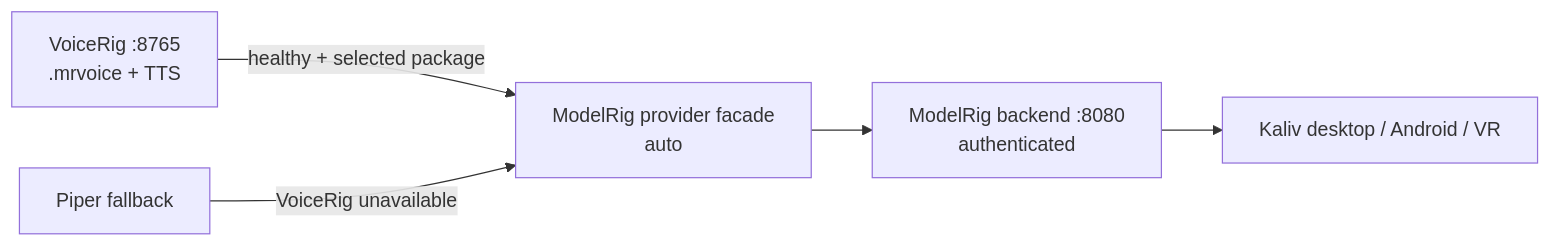
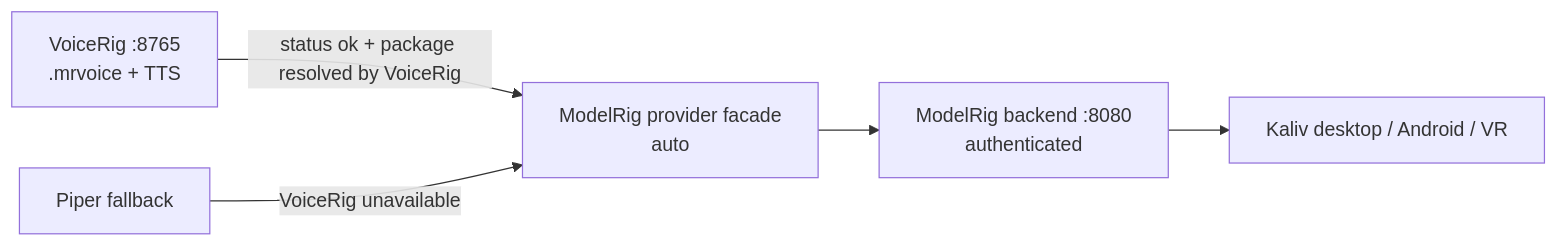
Before and after one commit to Ternedal/VoiceRig: the diagram in docs/MODELRIG_INTEGRATION.md, drawn with Mermaid. The commit also changed other lines of this file and 10 other files, not shown here.

````diff
--- a/docs/MODELRIG_INTEGRATION.md
+++ b/docs/MODELRIG_INTEGRATION.md
@@ -36,12 +136,12 @@
 ```mermaid
 flowchart LR
     V["VoiceRig :8765\n.mrvoice + TTS"]
     P["ModelRig provider facade\nauto"]
     F["Piper fallback"]
     B["ModelRig backend :8080\nauthenticated"]
     K["Kaliv desktop / Android / VR"]
 
-    V -->|healthy + selected package| P
+    V -->|status ok + package resolved by VoiceRig| P
     F -->|VoiceRig unavailable| P
     P --> B --> K
 ```
````
